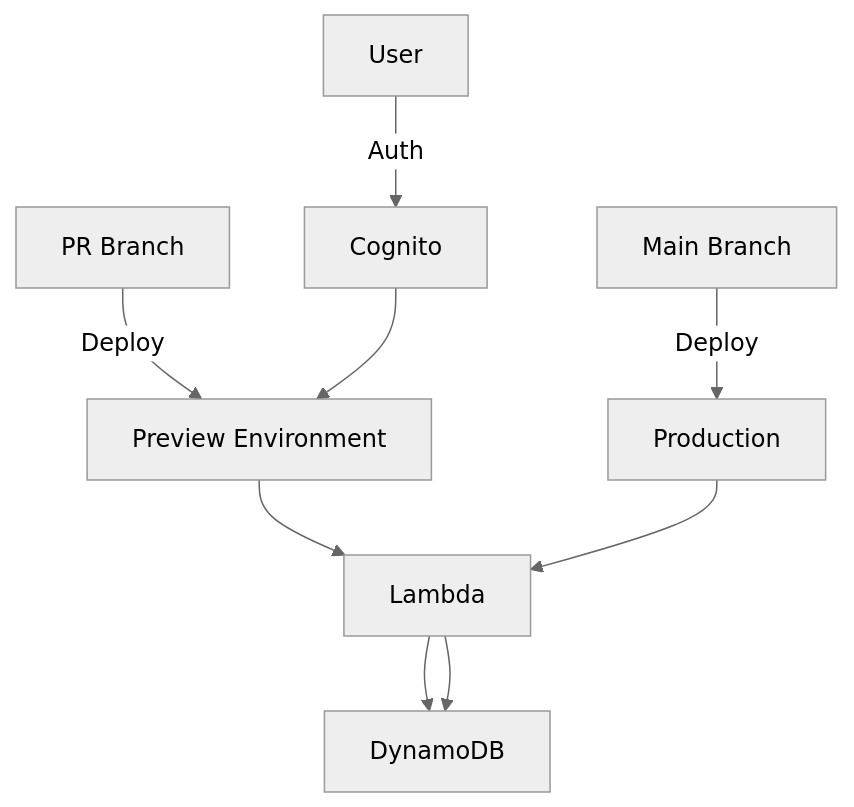
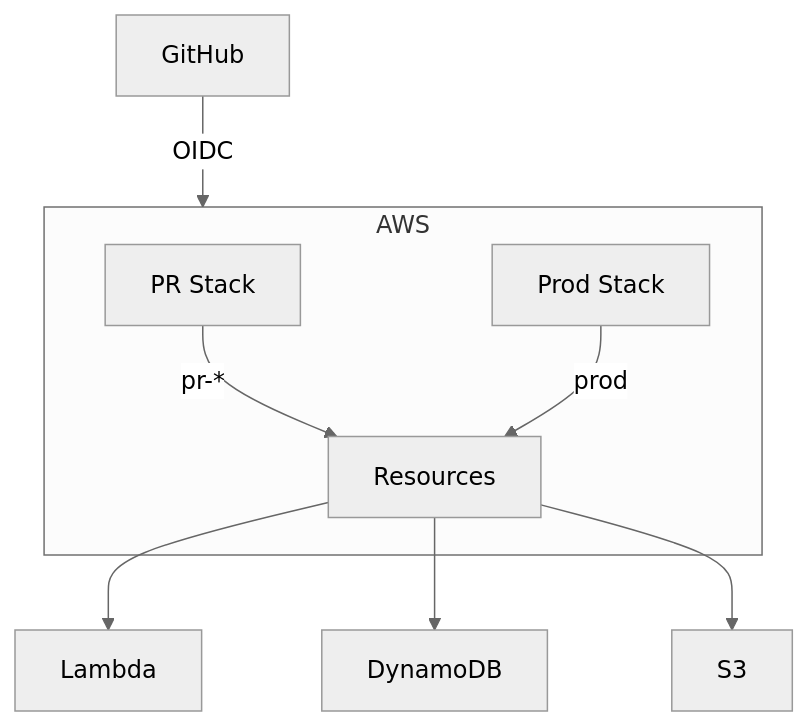
One commit to morgaesis/wishapp changed the second of 2 diagrams in infra/README.md. Above: the diagram before and after it, drawn with Mermaid (neutral theme). The commit also changed other lines of this file, not shown here.

Commit message:
Update infra docs with OIDC workflow, PR auto-cleanup, and visual diagrams

````diff
--- a/infra/README.md
+++ b/infra/README.md
@@ -9,8 +30,12 @@
 ```mermaid
 graph TD
-    PR[PR Branch] -->|Deploy| Preview[Preview Environment]
-    Main[Main Branch] -->|Deploy| Prod[Production]
-    User -->|Auth| Cognito --> Preview
-    Preview --> Lambda --> DynamoDB
-    Prod --> Lambda --> DynamoDB
+    GitHub -->|OIDC| AWS
+    subgraph AWS
+        PR_Stack[PR Stack] -->|pr-*| Resources
+        Prod_Stack[Prod Stack] -->|prod| Resources
+    end
+    
+    Resources --> Lambda
+    Resources --> DynamoDB
+    Resources --> S3
 ```
````
